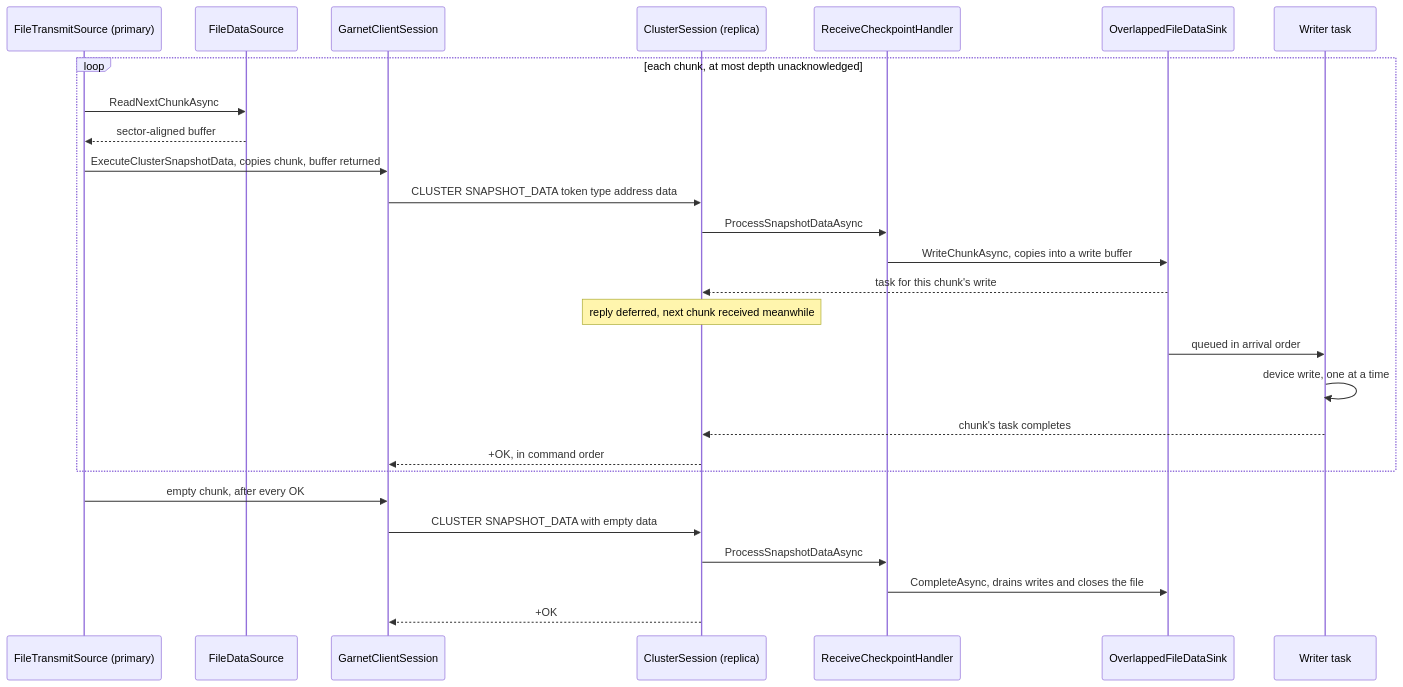
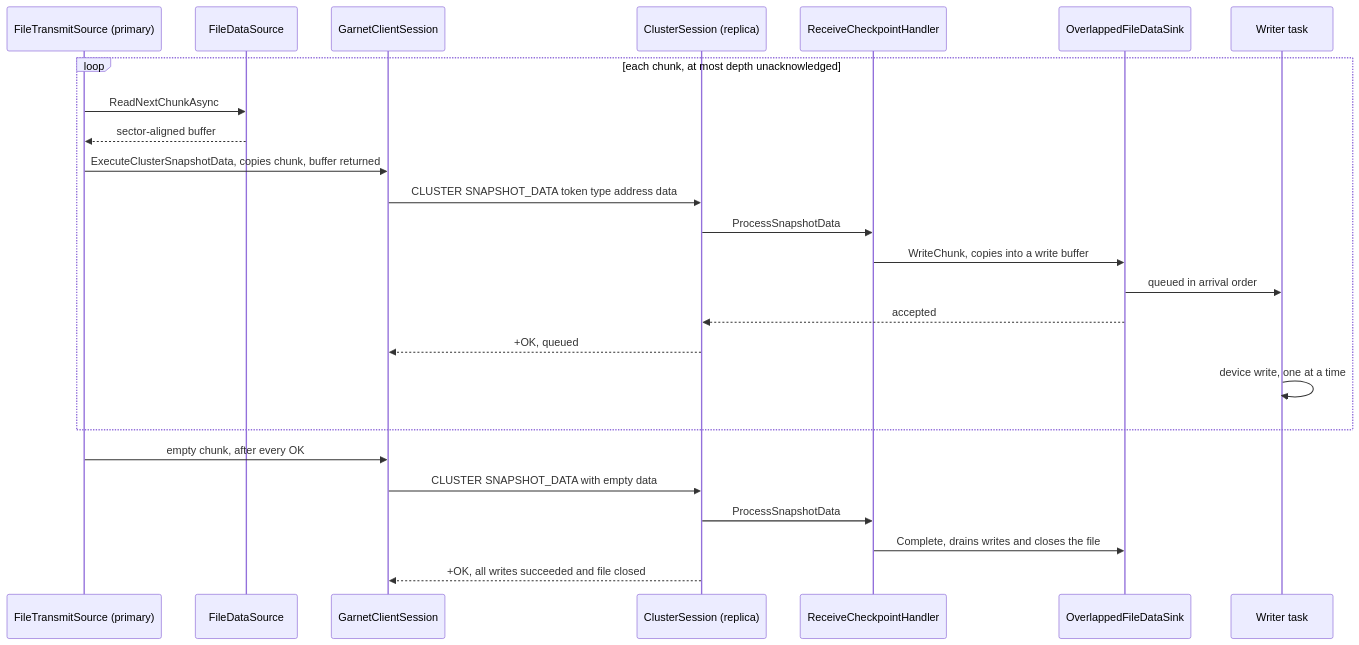
The diagram in website/docs/dev/cluster/replication.md (microsoft/garnet), drawn with Mermaid before and after one commit. The commit also changed other lines of this file and 18 other files, not shown here.

First line of the commit message:
Acknowledge checkpoint chunks on enqueue instead of deferring replies

````diff
--- a/website/docs/dev/cluster/replication.md
+++ b/website/docs/dev/cluster/replication.md
@@ -94,31 +94,29 @@
 ```mermaid
 sequenceDiagram
     accTitle: Disk-based checkpoint file transfer
-    accDescr: A primary pipelines checkpoint chunks to a replica, which writes them in order and acknowledges each after its write
+    accDescr: A primary pipelines checkpoint chunks to a replica, which acknowledges acceptance and confirms all writes at end of file
     participant T as FileTransmitSource (primary)
     participant S as FileDataSource
     participant C as GarnetClientSession
     participant R as ClusterSession (replica)
     participant H as ReceiveCheckpointHandler
     participant K as OverlappedFileDataSink
     participant W as Writer task
     loop each chunk, at most depth unacknowledged
         T->>S: ReadNextChunkAsync
         S-->>T: sector-aligned buffer
         T->>C: ExecuteClusterSnapshotData, copies chunk, buffer returned
         C->>R: CLUSTER SNAPSHOT_DATA token type address data
-        R->>H: ProcessSnapshotDataAsync
-        H->>K: WriteChunkAsync, copies into a write buffer
-        K-->>R: task for this chunk's write
-        Note over R: reply deferred, next chunk received meanwhile
+        R->>H: ProcessSnapshotData
+        H->>K: WriteChunk, copies into a write buffer
         K->>W: queued in arrival order
+        K-->>R: accepted
+        R-->>C: +OK, queued
         W->>W: device write, one at a time
-        W-->>R: chunk's task completes
-        R-->>C: +OK, in command order
     end
     T->>C: empty chunk, after every OK
     C->>R: CLUSTER SNAPSHOT_DATA with empty data
-    R->>H: ProcessSnapshotDataAsync
-    H->>K: CompleteAsync, drains writes and closes the file
-    R-->>C: +OK
+    R->>H: ProcessSnapshotData
+    H->>K: Complete, drains writes and closes the file
+    R-->>C: +OK, all writes succeeded and file closed
 ```
````
